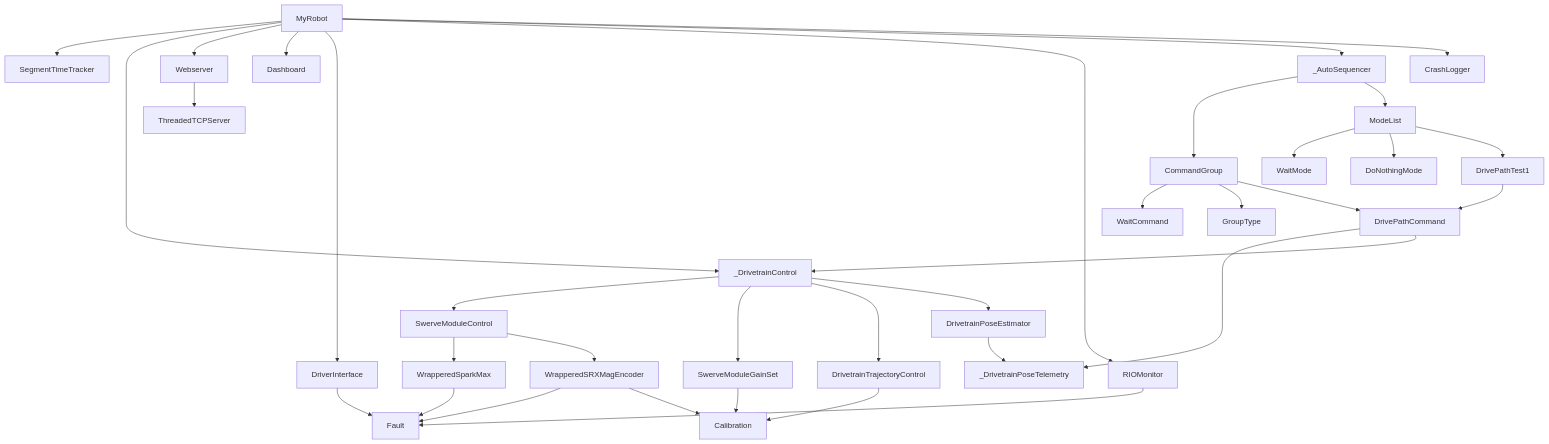
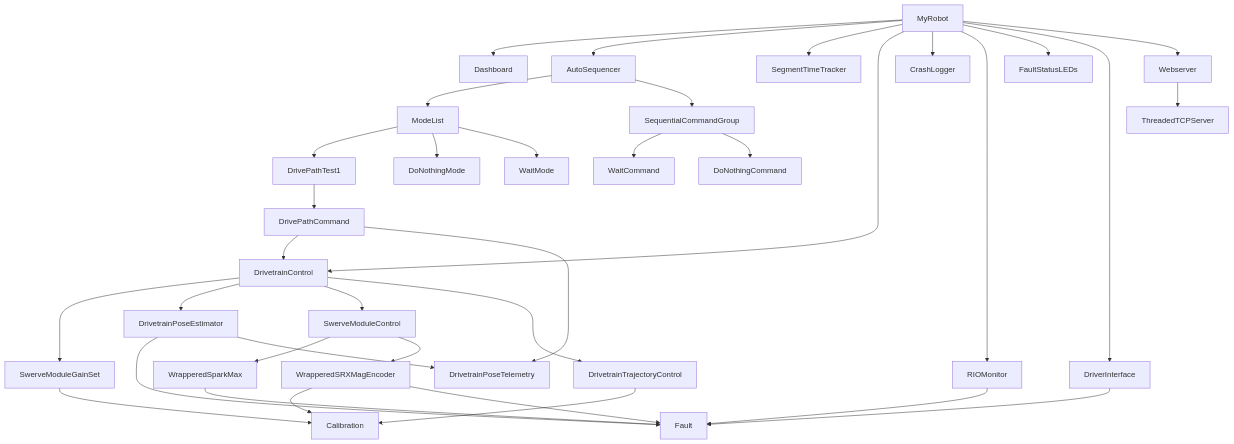
One commit to RobotCasserole1736/firstRoboPy changed the diagram in docs/graph.md. Above: the diagram before and after it, drawn with Mermaid. The commit also changed 10 other files, not shown here.

Commit message:
reworked AutoSequencer groups to be better object-oriented

````diff
--- a/docs/graph.md
+++ b/docs/graph.md
@@ -3,37 +3,38 @@
 ```mermaid
 flowchart TD
+    DrivePathTest1-->DrivePathCommand
+    SwerveModuleControl-->WrapperedSparkMax
+    RIOMonitor-->Fault
+    WrapperedSRXMagEncoder-->Calibration
+    WrapperedSRXMagEncoder-->Fault
+    DrivetrainTrajectoryControl-->Calibration
+    DrivetrainControl-->SwerveModuleGainSet
+    AutoSequencer-->ModeList
+    ModeList-->DrivePathTest1
+    SequentialCommandGroup-->WaitCommand
+    DrivetrainControl-->DrivetrainPoseEstimator
+    ModeList-->DoNothingMode
+    MyRobot-->Dashboard
+    AutoSequencer-->SequentialCommandGroup
+    MyRobot-->AutoSequencer
+    DrivetrainPoseEstimator-->Fault
+    SwerveModuleControl-->WrapperedSRXMagEncoder
+    Webserver-->ThreadedTCPServer
+    WrapperedSparkMax-->Fault
+    DrivetrainControl-->SwerveModuleControl
+    MyRobot-->SegmentTimeTracker
+    DrivePathCommand-->DrivetrainControl
+    MyRobot-->DrivetrainControl
+    DriverInterface-->Fault
     ModeList-->WaitMode
-    DrivePathTest1-->DrivePathCommand
-    MyRobot-->SegmentTimeTracker
+    DrivePathCommand-->DrivetrainPoseTelemetry
+    MyRobot-->CrashLogger
     SwerveModuleGainSet-->Calibration
-    MyRobot-->_DrivetrainControl
+    DrivetrainPoseEstimator-->DrivetrainPoseTelemetry
+    MyRobot-->RIOMonitor
+    SequentialCommandGroup-->DoNothingCommand
+    MyRobot-->FaultStatusLEDs
+    MyRobot-->DriverInterface
+    DrivetrainControl-->DrivetrainTrajectoryControl
     MyRobot-->Webserver
-    MyRobot-->Dashboard
-    SwerveModuleControl-->WrapperedSparkMax
-    SwerveModuleControl-->WrapperedSRXMagEncoder
-    DrivetrainPoseEstimator-->_DrivetrainPoseTelemetry
-    MyRobot-->DriverInterface
-    CommandGroup-->WaitCommand
-    MyRobot-->RIOMonitor
-    _DrivetrainControl-->SwerveModuleControl
-    CommandGroup-->GroupType
-    RIOMonitor-->Fault
-    _DrivetrainControl-->SwerveModuleGainSet
-    DrivePathCommand-->_DrivetrainPoseTelemetry
-    _DrivetrainControl-->DrivetrainTrajectoryControl
-    DriverInterface-->Fault
-    ModeList-->DoNothingMode
-    CommandGroup-->DrivePathCommand
-    WrapperedSRXMagEncoder-->Fault
-    WrapperedSRXMagEncoder-->Calibration
-    _AutoSequencer-->CommandGroup
-    DrivetrainTrajectoryControl-->Calibration
-    MyRobot-->_AutoSequencer
-    MyRobot-->CrashLogger
-    DrivePathCommand-->_DrivetrainControl
-    Webserver-->ThreadedTCPServer
-    _AutoSequencer-->ModeList
-    ModeList-->DrivePathTest1
-    _DrivetrainControl-->DrivetrainPoseEstimator
-    WrapperedSparkMax-->Fault
 ```
````
